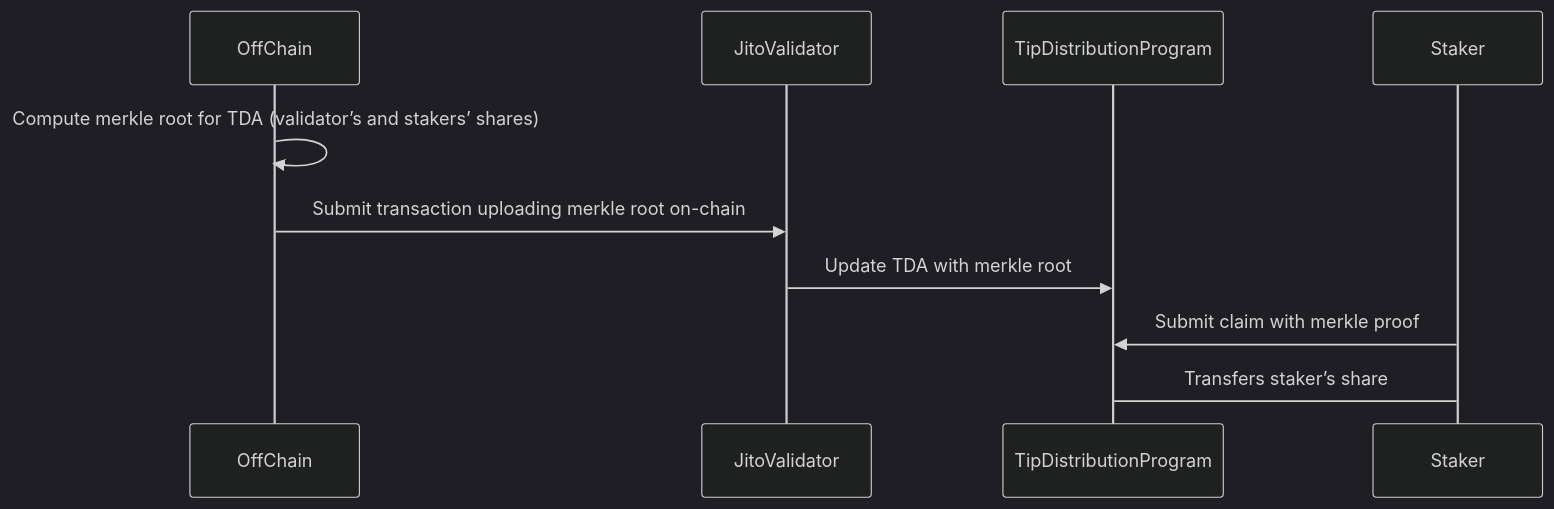
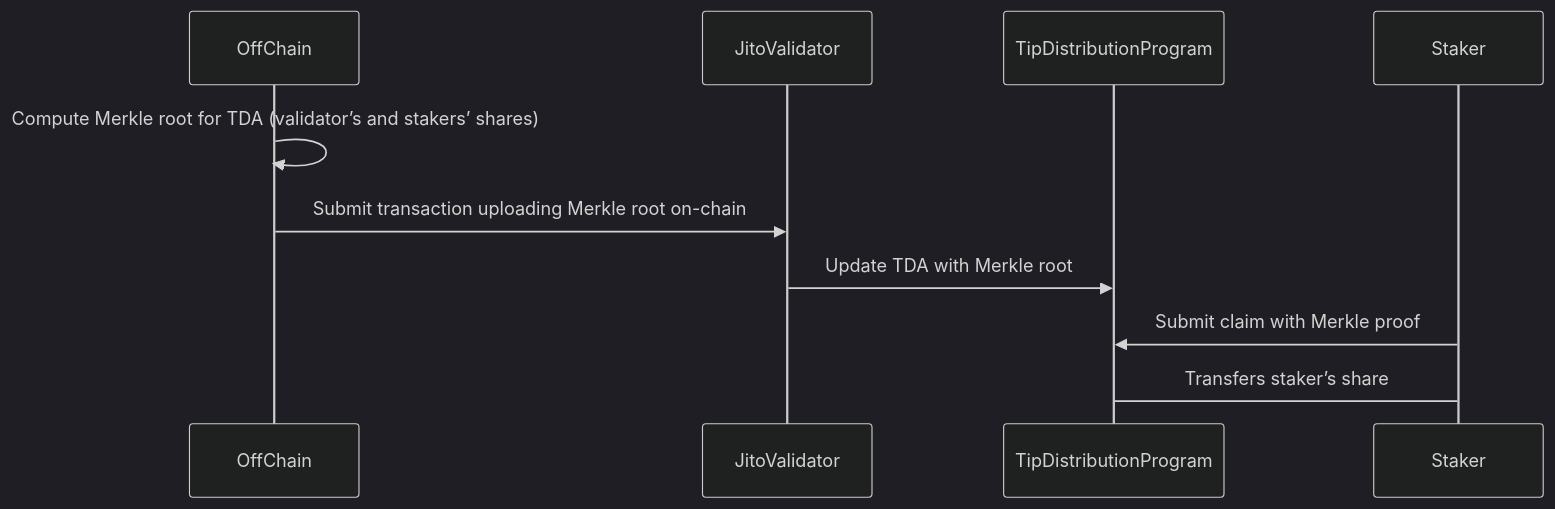
One commit to thogiti/thogiti.github.io changed the second of 4 diagrams in _posts/2025-01-01-How-Jito-Solana-Works.md. Above: the diagram before and after it, drawn with Mermaid (dark theme). The commit also changed other lines of this file and 11 other files, not shown here.

````diff
--- a/_posts/2025-01-01-How-Jito-Solana-Works.md
+++ b/_posts/2025-01-01-How-Jito-Solana-Works.md
@@ -653,13 +657,13 @@
 ```mermaid
 sequenceDiagram
     participant OffChain
     participant JitoValidator
     participant TipDistributionProgram
     participant Staker
 
-    OffChain->>OffChain: Compute merkle root for TDA (validator’s and stakers’ shares)
-    OffChain->>JitoValidator: Submit transaction uploading merkle root on-chain
-    JitoValidator->>TipDistributionProgram: Update TDA with merkle root
-    Staker->>TipDistributionProgram: Submit claim with merkle proof
+    OffChain->>OffChain: Compute Merkle root for TDA (validator’s and stakers’ shares)
+    OffChain->>JitoValidator: Submit transaction uploading Merkle root on-chain
+    JitoValidator->>TipDistributionProgram: Update TDA with Merkle root
+    Staker->>TipDistributionProgram: Submit claim with Merkle proof
     TipDistributionProgram->Staker: Transfers staker’s share
 ```
````
